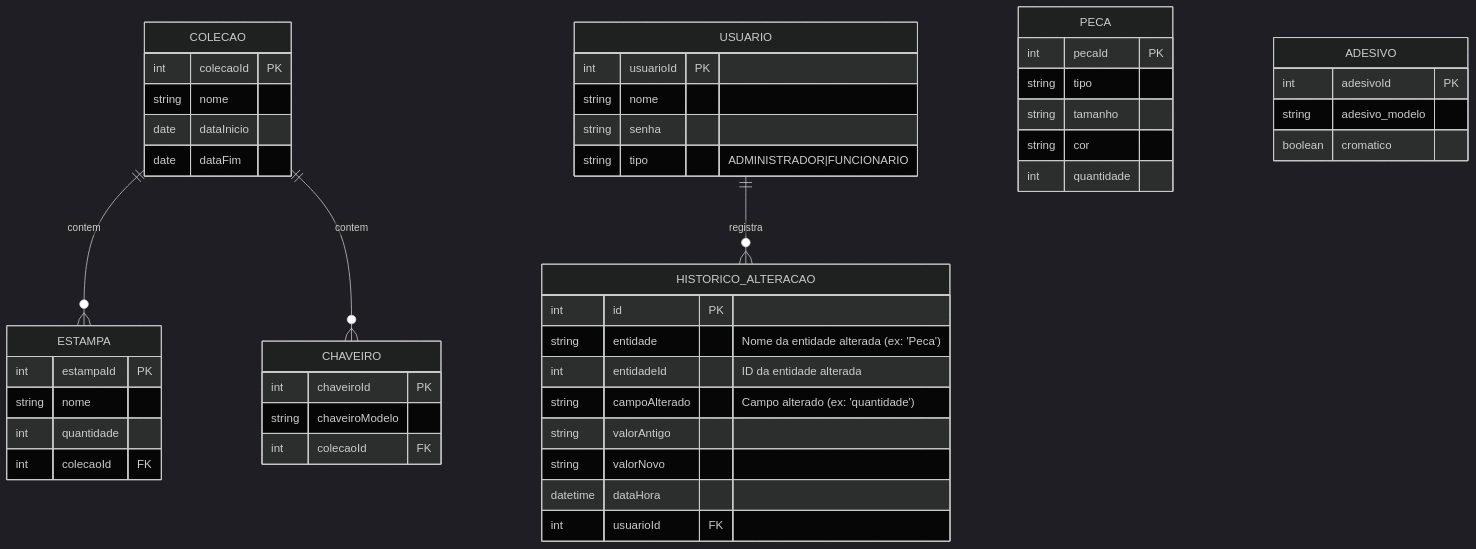
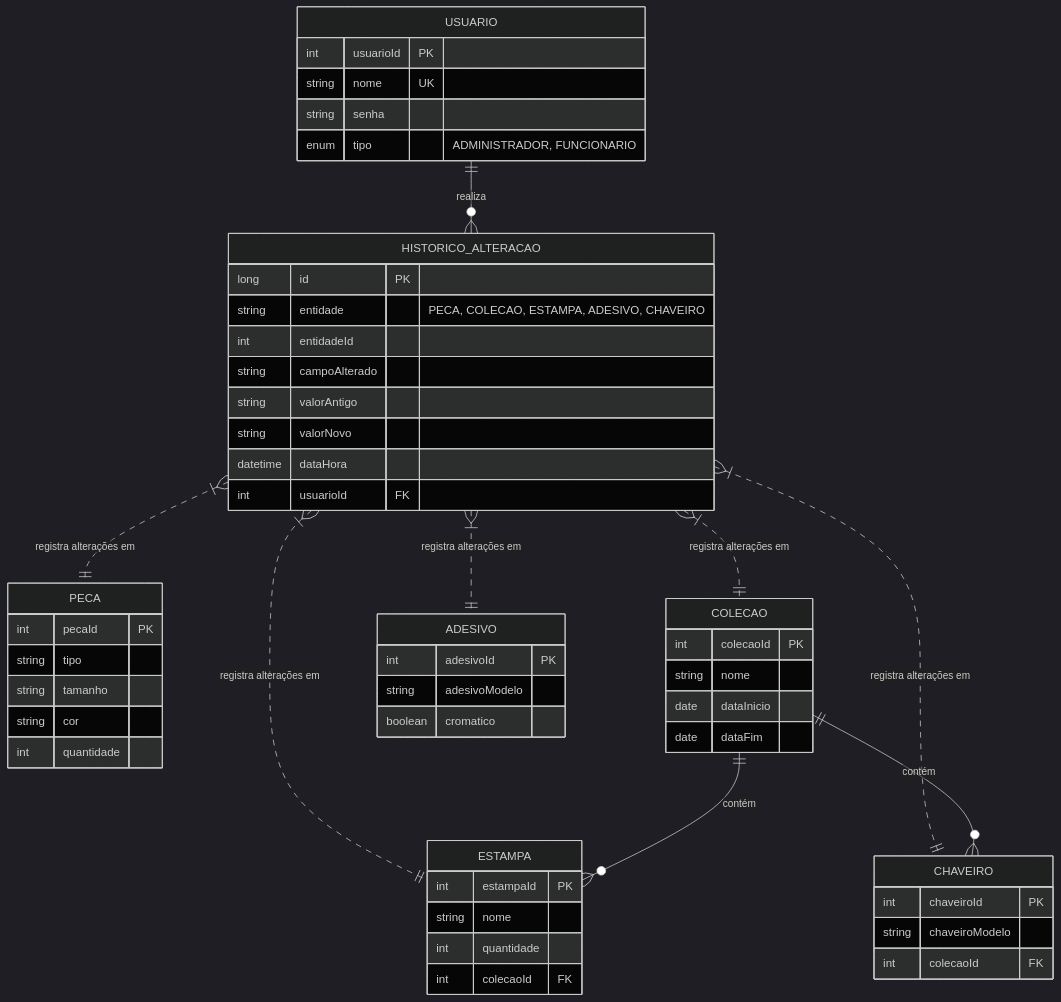
One commit to FeltrinLM/Journey_Back-end changed the diagram in artefatos/diagramas/ModeloER.mmd. Above: the diagram before and after it, drawn with Mermaid (dark theme). The commit also changed 115 other files, not shown here.

```diff
--- a/artefatos/diagramas/ModeloER.mmd
+++ b/artefatos/diagramas/ModeloER.mmd
@@ -1,56 +1,63 @@
 erDiagram
-    COLECAO ||--o{ ESTAMPA : contem
-    COLECAO ||--o{ CHAVEIRO : contem
-    USUARIO ||--o{ HISTORICO_ALTERACAO : registra
+    USUARIO ||--o{ HISTORICO_ALTERACAO : "realiza"
+
+    HISTORICO_ALTERACAO }|..|| PECA : "registra alterações em"
+    HISTORICO_ALTERACAO }|..|| COLECAO : "registra alterações em"
+    HISTORICO_ALTERACAO }|..|| ESTAMPA : "registra alterações em"
+    HISTORICO_ALTERACAO }|..|| ADESIVO : "registra alterações em"
+    HISTORICO_ALTERACAO }|..|| CHAVEIRO : "registra alterações em"
+
+    COLECAO ||--o{ ESTAMPA : "contém"
+    COLECAO ||--o{ CHAVEIRO : "contém"
 
     USUARIO {
         int usuarioId PK
-        string nome
+        string nome UK
         string senha
-        string tipo  "ADMINISTRADOR|FUNCIONARIO"
+        enum tipo "ADMINISTRADOR, FUNCIONARIO"
     }
 
     COLECAO {
         int colecaoId PK
         string nome
         date dataInicio
         date dataFim
     }
 
     ESTAMPA {
         int estampaId PK
         string nome
         int quantidade
         int colecaoId FK
     }
 
     PECA {
         int pecaId PK
         string tipo
         string tamanho
         string cor
         int quantidade
     }
 
     ADESIVO {
         int adesivoId PK
-        string adesivo_modelo
+        string adesivoModelo
         boolean cromatico
     }
 
     CHAVEIRO {
         int chaveiroId PK
         string chaveiroModelo
         int colecaoId FK
     }
 
     HISTORICO_ALTERACAO {
-        int id PK
-        string entidade         "Nome da entidade alterada (ex: 'Peca')"
-        int entidadeId         "ID da entidade alterada"
-        string campoAlterado   "Campo alterado (ex: 'quantidade')"
+        long id PK
+        string entidade "PECA, COLECAO, ESTAMPA, ADESIVO, CHAVEIRO"
+        int entidadeId
+        string campoAlterado
         string valorAntigo
         string valorNovo
         datetime dataHora
         int usuarioId FK
     }
```
